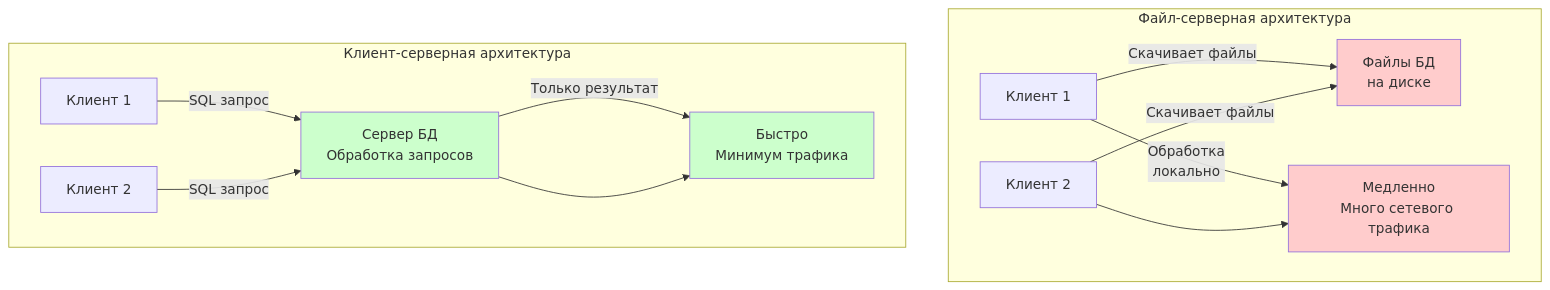
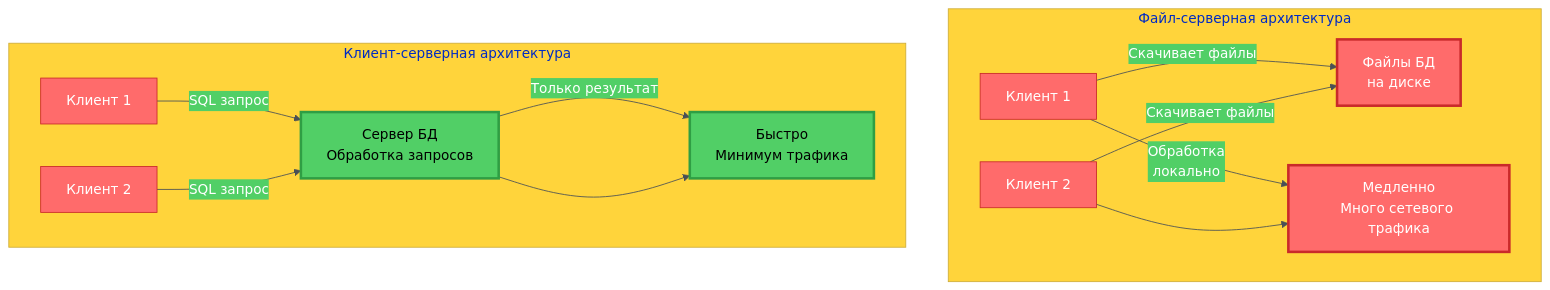
Before and after one commit to alx314vo/db_exam: the first of 23 diagrams in db_exam.md, drawn with Mermaid. The commit also changed other lines of this file, not shown here.

Commit message:
added diagrams

````diff
--- a/db_exam.md
+++ b/db_exam.md
@@ -32,21 +69,22 @@
 ```mermaid
+%%{init: {'theme':'base', 'themeVariables': {'primaryColor':'#ff6b6b','primaryTextColor':'#fff','primaryBorderColor':'#c92a2a','lineColor':'#495057','secondaryColor':'#51cf66','tertiaryColor':'#ffd43b'}}}%%
 graph TB
     subgraph "Файл-серверная архитектура"
         FS1[Клиент 1] -->|Скачивает файлы| FS2[Файлы БД<br/>на диске]
         FS3[Клиент 2] -->|Скачивает файлы| FS2
         FS1 -->|Обработка<br/>локально| FS4[Медленно<br/>Много сетевого трафика]
         FS3 --> FS4
     end
     
     subgraph "Клиент-серверная архитектура"
         CS1[Клиент 1] -->|SQL запрос| CS2[Сервер БД<br/>Обработка запросов]
         CS3[Клиент 2] -->|SQL запрос| CS2
         CS2 -->|Только результат| CS4[Быстро<br/>Минимум трафика]
         CS2 --> CS4
     end
     
-    style FS2 fill:#ffcccc
-    style FS4 fill:#ffcccc
-    style CS2 fill:#ccffcc
-    style CS4 fill:#ccffcc
+    style FS2 fill:#ff6b6b,stroke:#c92a2a,stroke-width:3px,color:#fff
+    style FS4 fill:#ff6b6b,stroke:#c92a2a,stroke-width:3px,color:#fff
+    style CS2 fill:#51cf66,stroke:#2f9e44,stroke-width:3px,color:#000
+    style CS4 fill:#51cf66,stroke:#2f9e44,stroke-width:3px,color:#000
 ```
````
